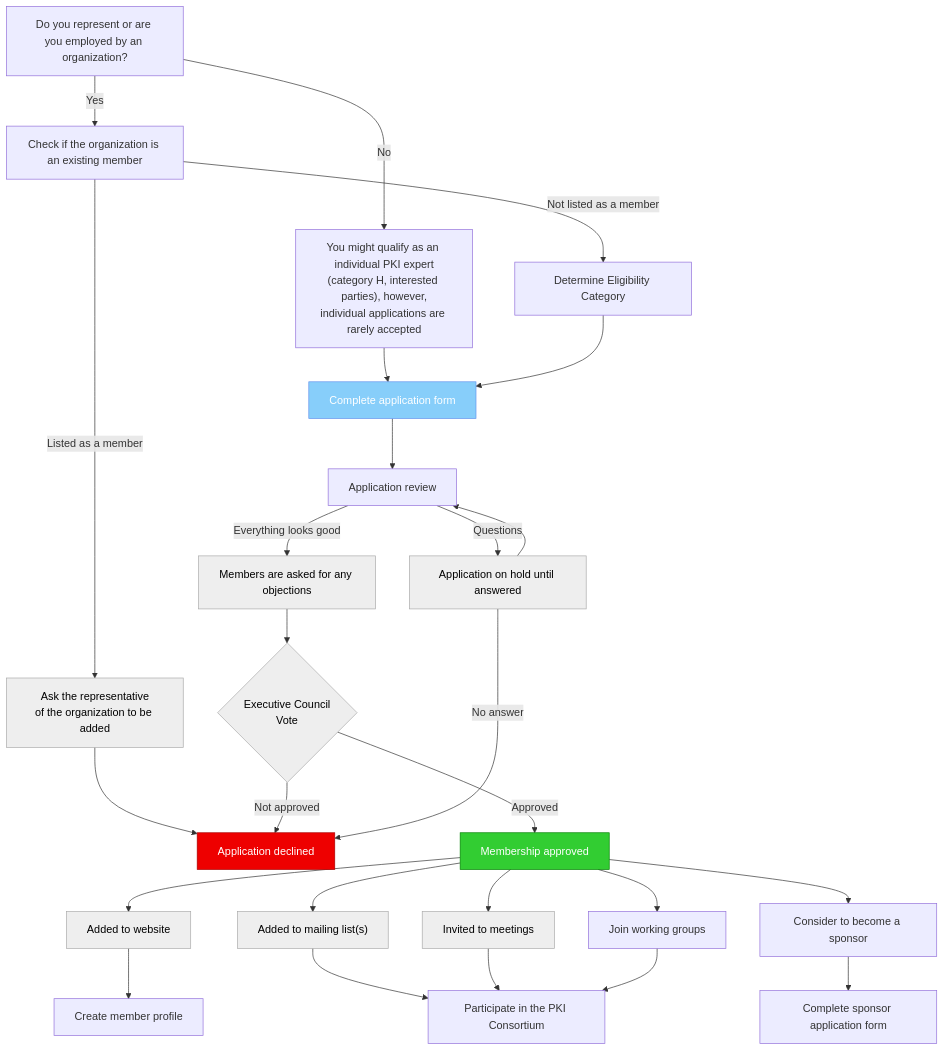
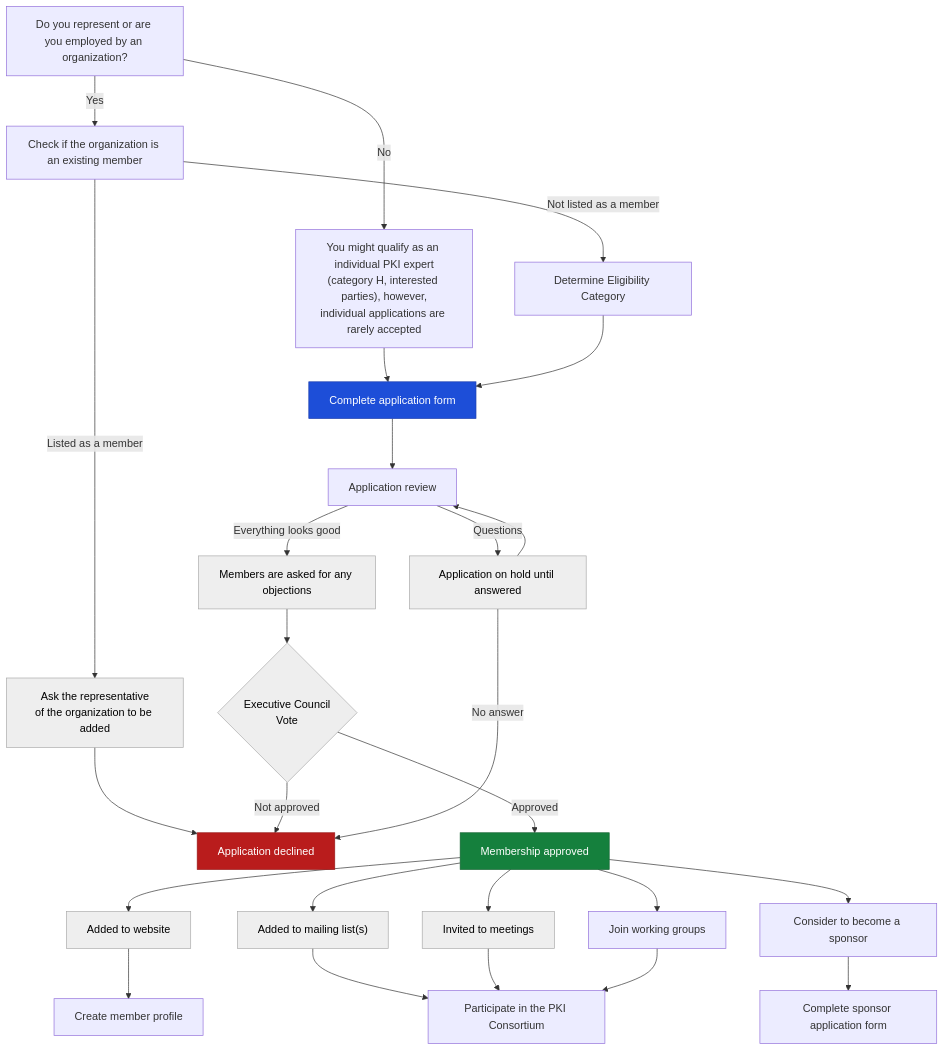
The diagram in content/application-process.md (pkic/pkic.org), drawn with Mermaid before and after one commit. The commit also changed other lines of this file and 384 other files, not shown here.

````diff
--- a/content/application-process.md
+++ b/content/application-process.md
@@ -23,48 +23,48 @@
 ```mermaid
 flowchart TD 
     IsOrganization[Do you represent or are you employed by an organization?]
     IsOrganization --> |No| Individual["You might qualify as an individual PKI expert\n(category H, interested parties), however,\nindividual applications are rarely accepted"] -->  ApplicationForm
     IsOrganization --> |Yes| IsMember[Check if the organization is an existing member]
 
     IsMember --> |Not listed as a member| Category
     IsMember --> |Listed as a member| Member["Ask the representative\nof the organization to be added"] --> END
     
     Category[Determine Eligibility Category] --> ApplicationForm
 
     ApplicationForm[Complete application form]
     ApplicationForm --> Application[Application review]
     Application --> |Questions| Questions[Application on hold until answered] --> Application
     Application --> |Everything looks good| Consultation[Members are asked for any objections]
     Consultation --> EC{Executive Council\nVote}
     EC --> |Not approved| END
     EC --> |Approved| Approved[Membership approved]
 
     Approved --> Website[Added to website] --> Profile[Create member profile]
     Approved --> MailingList["Added to mailing list(s)"] --> Participate
     Approved --> MeetingInvite["Invited to meetings"] --> Participate
     Approved --> WorkingGroups["Join working groups"] --> Participate
     Participate["Participate in the PKI Consortium"]
 
     Approved --> Sponsor[Consider to become a sponsor]  
     Sponsor --> SponsorApplicationForm[Complete sponsor application form]
 
     Questions --> |No answer| END
     END[Application declined]
 
     click Category "/bylaws/#eligibility"
     click ApplicationForm "/join/"
     click Sponsor "/sponsors/"
     click SponsorApplicationForm "/sponsors/sponsor/"
     click WorkingGroups "/wg/"
-    click Profile "https://github.com/pkic/pkic.org#adding-a-new-member"
+    click Profile "/portal/"
 
     class Member,Agreements,Questions,Consultation,EC,MailingList,Website,MeetingInvite grey;
     class END red;
     class ApplicationForm blue;
     class Approved green;
 
-    classDef red color: #fff, fill:#e00, stroke:#a00;
-    classDef blue color: #fff, fill:#87CEFA, stroke:#6495ED;
-    classDef green color: #fff, fill:#32CD32, stroke:#008000;
+    classDef red color: #fff, fill:#b91c1c, stroke:#991b1b;
+    classDef blue color: #fff, fill:#1d4ed8, stroke:#1e40af;
+    classDef green color: #fff, fill:#15803d, stroke:#166534;
     classDef grey color: #000, fill:#eee, stroke:#aaa;
 ```
````
